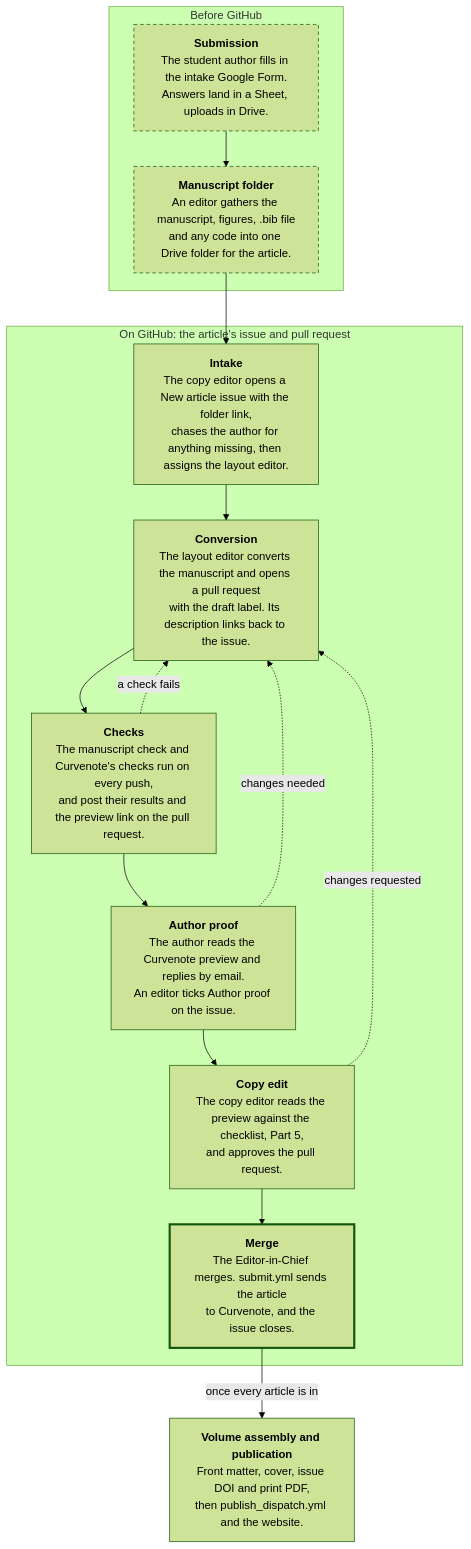
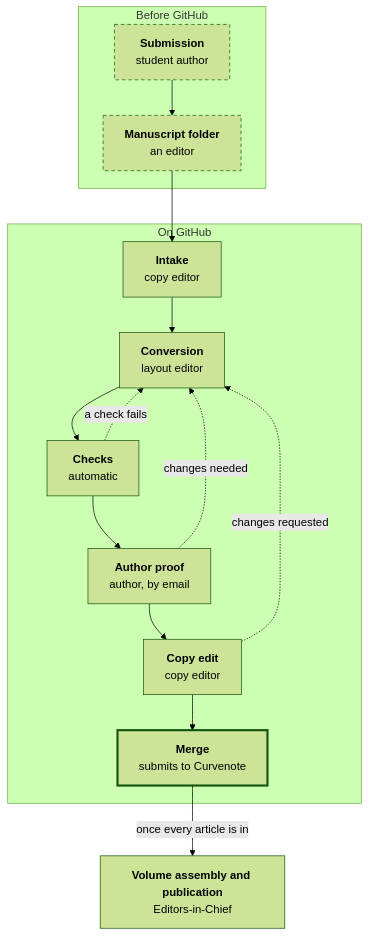
The diagram in README.md (ncssm/morgantonscientific2027), drawn with Mermaid (forest theme) before and after one commit. The commit also changed other lines of this file, not shown here.

Commit message:
README: shorten the diagram's boxes and move the detail into a table
Mermaid wraps long labels into narrow columns, which made the diagram
very tall inside GitHub's viewer.

````diff
--- a/README.md
+++ b/README.md
@@ -15,27 +15,27 @@
 ```mermaid
 flowchart TD
     subgraph before["Before GitHub"]
-        submit["<b>Submission</b><br/>The student author fills in the intake Google Form.<br/>Answers land in a Sheet, uploads in Drive."]
-        folder["<b>Manuscript folder</b><br/>An editor gathers the manuscript, figures, .bib file<br/>and any code into one Drive folder for the article."]
+        submit["<b>Submission</b><br/>student author"]
+        folder["<b>Manuscript folder</b><br/>an editor"]
     end
-    subgraph github["On GitHub: the article's issue and pull request"]
-        intake["<b>Intake</b><br/>The copy editor opens a New article issue with the folder link,<br/>chases the author for anything missing, then assigns the layout editor."]
-        convert["<b>Conversion</b><br/>The layout editor converts the manuscript and opens a pull request<br/>with the draft label. Its description links back to the issue."]
-        checks["<b>Checks</b><br/>The manuscript check and Curvenote's checks run on every push,<br/>and post their results and the preview link on the pull request."]
-        proof["<b>Author proof</b><br/>The author reads the Curvenote preview and replies by email.<br/>An editor ticks Author proof on the issue."]
-        copyedit["<b>Copy edit</b><br/>The copy editor reads the preview against the checklist, Part 5,<br/>and approves the pull request."]
-        merge["<b>Merge</b><br/>The Editor-in-Chief merges. submit.yml sends the article<br/>to Curvenote, and the issue closes."]
+    subgraph github["On GitHub"]
+        intake["<b>Intake</b><br/>copy editor"]
+        convert["<b>Conversion</b><br/>layout editor"]
+        checks["<b>Checks</b><br/>automatic"]
+        proof["<b>Author proof</b><br/>author, by email"]
+        copyedit["<b>Copy edit</b><br/>copy editor"]
+        merge["<b>Merge</b><br/>submits to Curvenote"]
     end
-    volume["<b>Volume assembly and publication</b><br/>Front matter, cover, issue DOI and print PDF,<br/>then publish_dispatch.yml and the website."]
+    volume["<b>Volume assembly and publication</b><br/>Editors-in-Chief"]
 
     submit --> folder --> intake --> convert --> checks --> proof --> copyedit --> merge
     merge -- "once every article is in" --> volume
     checks -. "a check fails" .-> convert
     proof -. "changes needed" .-> convert
     copyedit -. "changes requested" .-> convert
 
     classDef offGitHub stroke-dasharray: 5 4
     classDef submits stroke-width: 3px
     class submit,folder offGitHub
     class merge submits
 ```
````
